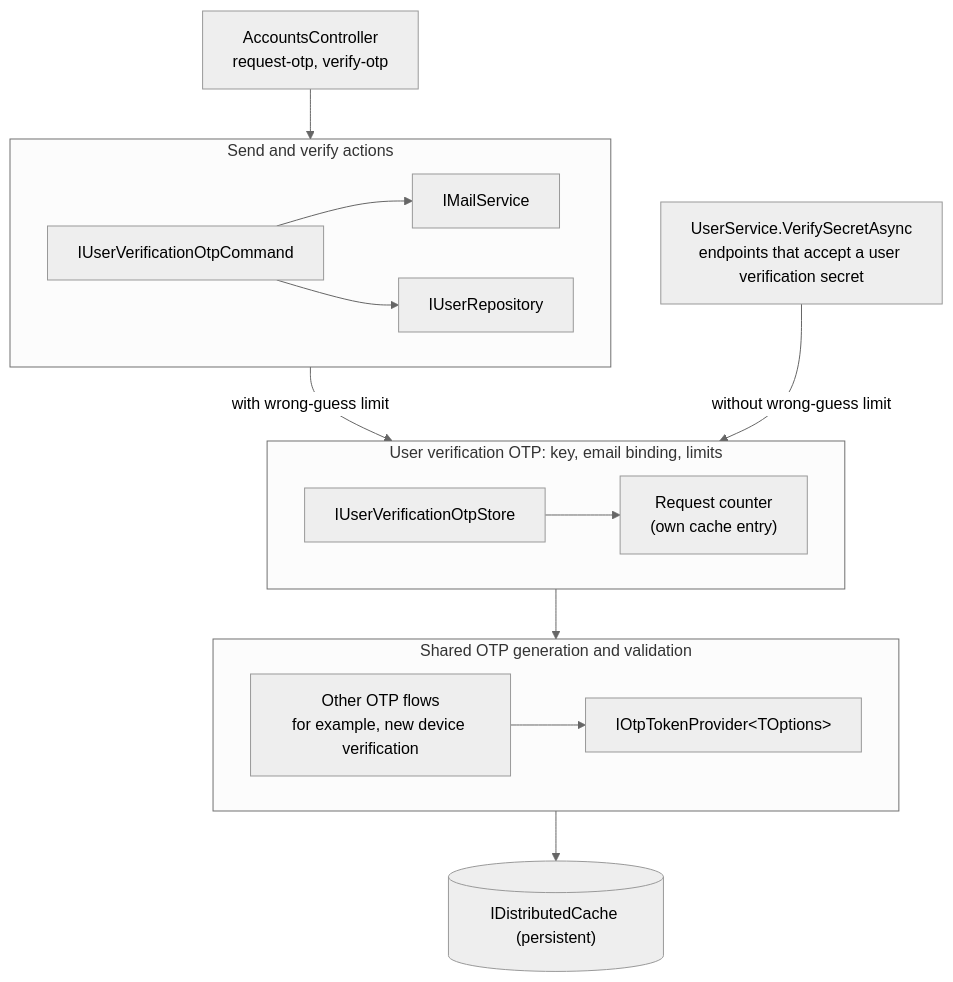
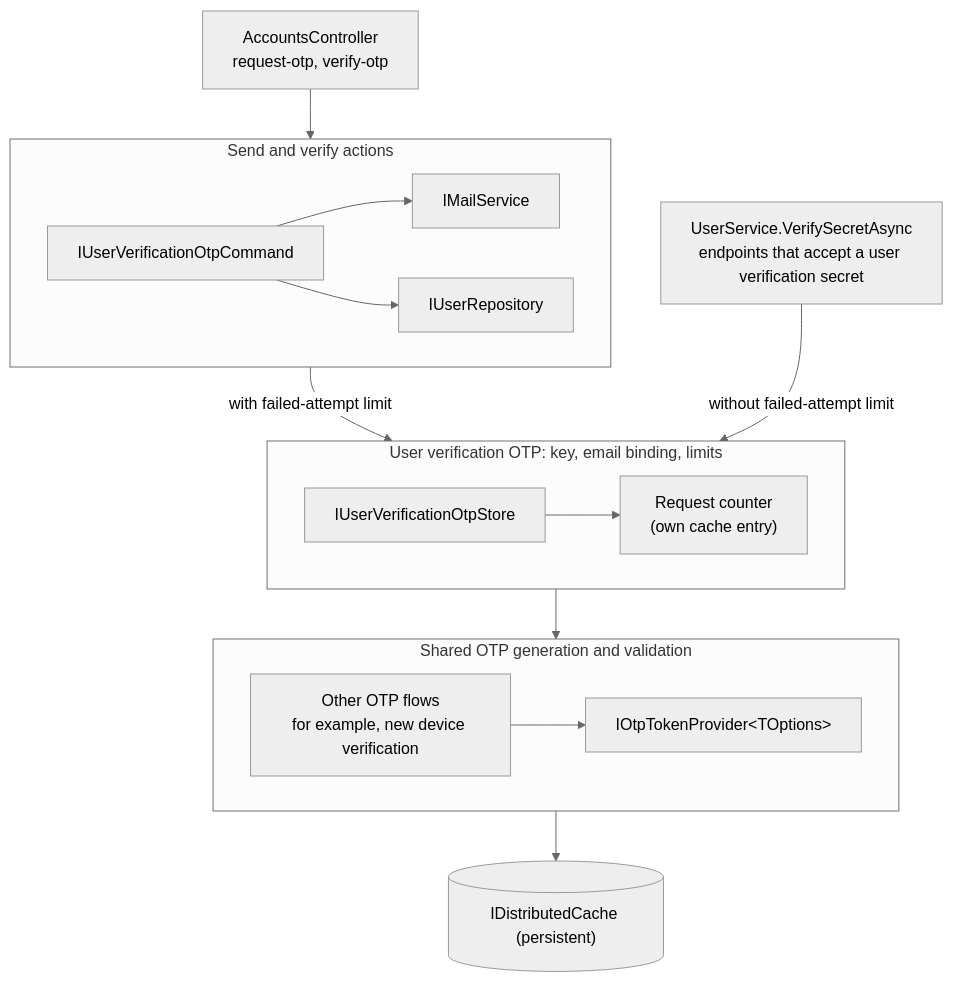
Before and after one commit to bitwarden/server: the diagram in src/Core/Auth/UserFeatures/UserVerification/readme.md, drawn with Mermaid (neutral theme). The commit also changed other lines of this file and 8 other files, not shown here.

````diff
--- a/src/Core/Auth/UserFeatures/UserVerification/readme.md
+++ b/src/Core/Auth/UserFeatures/UserVerification/readme.md
@@ -10,29 +23,29 @@
 ```mermaid
 flowchart TB
     Controller["AccountsController<br/>request-otp, verify-otp"]
     VerifySecret["UserService.VerifySecretAsync<br/>endpoints that accept a user verification secret"]
 
     subgraph Actions["Send and verify actions"]
         direction LR
         Command["IUserVerificationOtpCommand"] --> Mail["IMailService"]
         Command --> UserRepository["IUserRepository"]
     end
 
     subgraph Policy["User verification OTP: key, email binding, limits"]
         direction LR
         Store["IUserVerificationOtpStore"] --> Counter["Request counter<br/>(own cache entry)"]
     end
 
     subgraph Shared["Shared OTP generation and validation"]
         direction LR
         OtherFlows["Other OTP flows<br/>for example, new device verification"] --> Provider["IOtpTokenProvider#lt;TOptions#gt;"]
     end
 
     Cache[("IDistributedCache (persistent)")]
 
     Controller --> Actions
-    Actions -->|"with wrong-guess limit"| Policy
-    VerifySecret -->|"without wrong-guess limit"| Policy
+    Actions -->|"with failed-attempt limit"| Policy
+    VerifySecret -->|"without failed-attempt limit"| Policy
     Policy --> Shared
     Shared --> Cache
 ```
````
